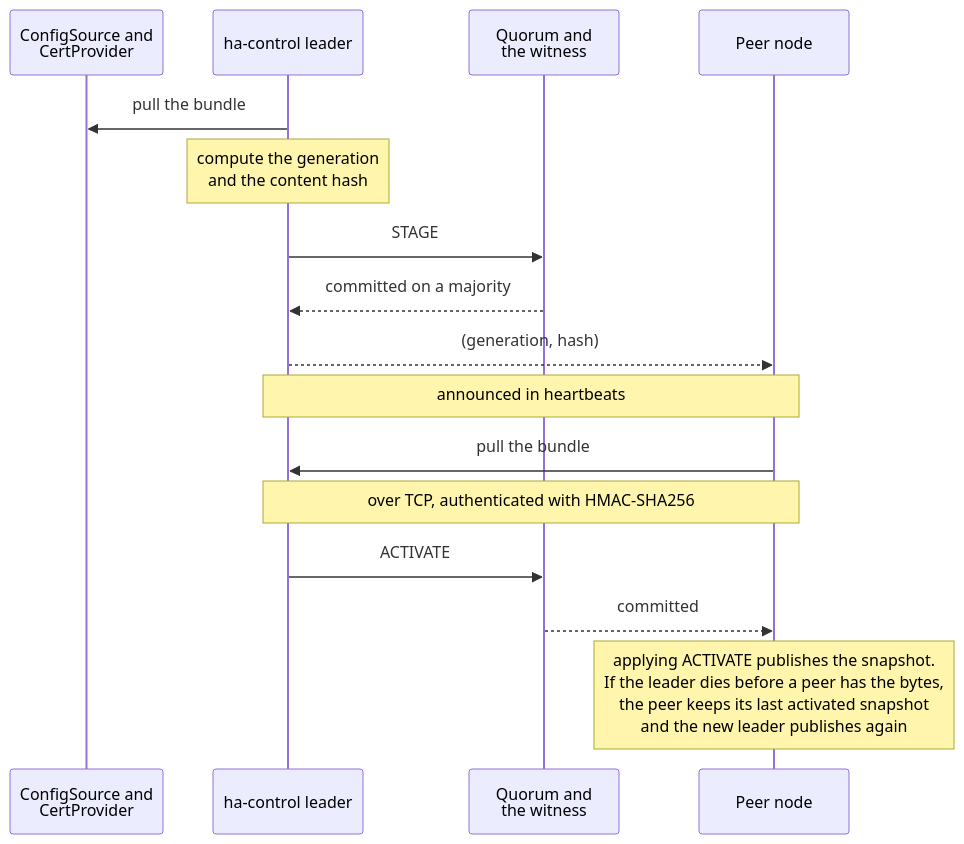
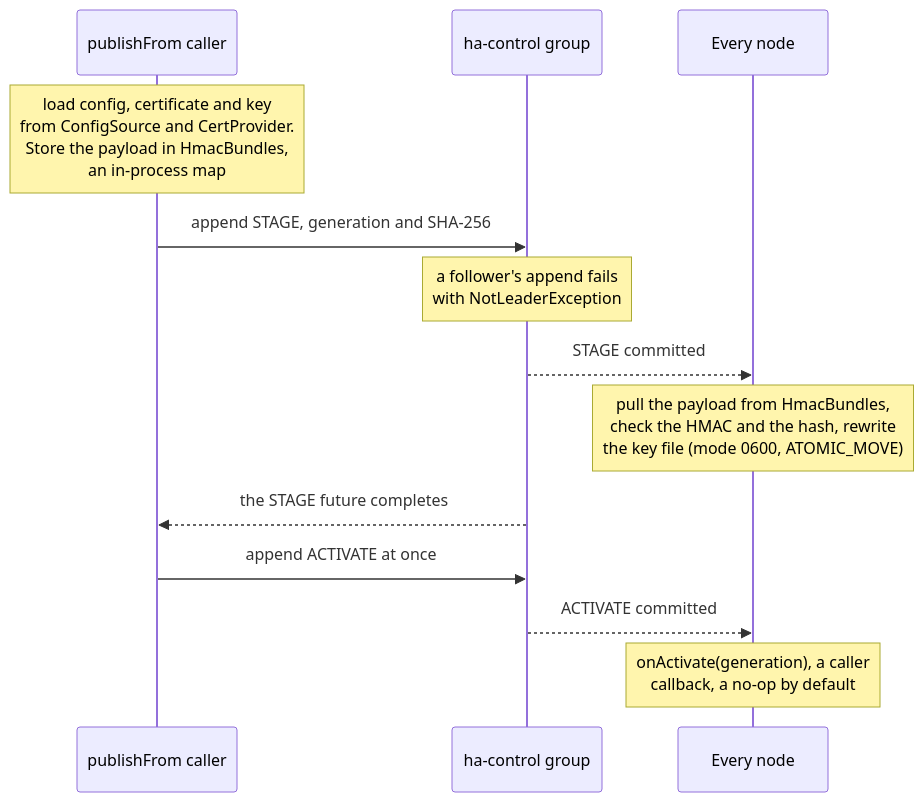
One commit to BlivionIaG/sjws_nettask changed the sixth of 6 diagrams in docs/ha/design.md. Above: the diagram before and after it, drawn with Mermaid. The commit also changed other lines of this file and 3 other files, not shown here.

First line of the commit message:
docs: HA and control-plane diagrams separate built from designed

````diff
--- a/docs/ha/design.md
+++ b/docs/ha/design.md
@@ -305,19 +328,16 @@
 ```mermaid
 sequenceDiagram
-    participant CS as ConfigSource and<br/>CertProvider
-    participant Ld as ha-control leader
-    participant Q as Quorum and<br/>the witness
-    participant P as Peer node
+    participant P as publishFrom caller
+    participant R as ha-control group
+    participant N as Every node
 
-    Ld->>CS: pull the bundle
-    Note over Ld: compute the generation<br/>and the content hash
-    Ld->>Q: STAGE
-    Q-->>Ld: committed on a majority
-    Ld-->>P: (generation, hash)
-    Note over Ld,P: announced in heartbeats
-    P->>Ld: pull the bundle
-    Note over Ld,P: over TCP, authenticated with HMAC-SHA256
-    Ld->>Q: ACTIVATE
-    Q-->>P: committed
-    Note over P: applying ACTIVATE publishes the snapshot.<br/>If the leader dies before a peer has the bytes,<br/>the peer keeps its last activated snapshot<br/>and the new leader publishes again
+    Note over P: load config, certificate and key<br/>from ConfigSource and CertProvider.<br/>Store the payload in HmacBundles,<br/>an in-process map
+    P->>R: append STAGE, generation and SHA-256
+    Note over R: a follower's append fails<br/>with NotLeaderException
+    R-->>N: STAGE committed
+    Note over N: pull the payload from HmacBundles,<br/>check the HMAC and the hash, rewrite<br/>the key file (mode 0600, ATOMIC_MOVE)
+    R-->>P: the STAGE future completes
+    P->>R: append ACTIVATE at once
+    R-->>N: ACTIVATE committed
+    Note over N: onActivate(generation), a caller<br/>callback, a no-op by default
 ```
````
